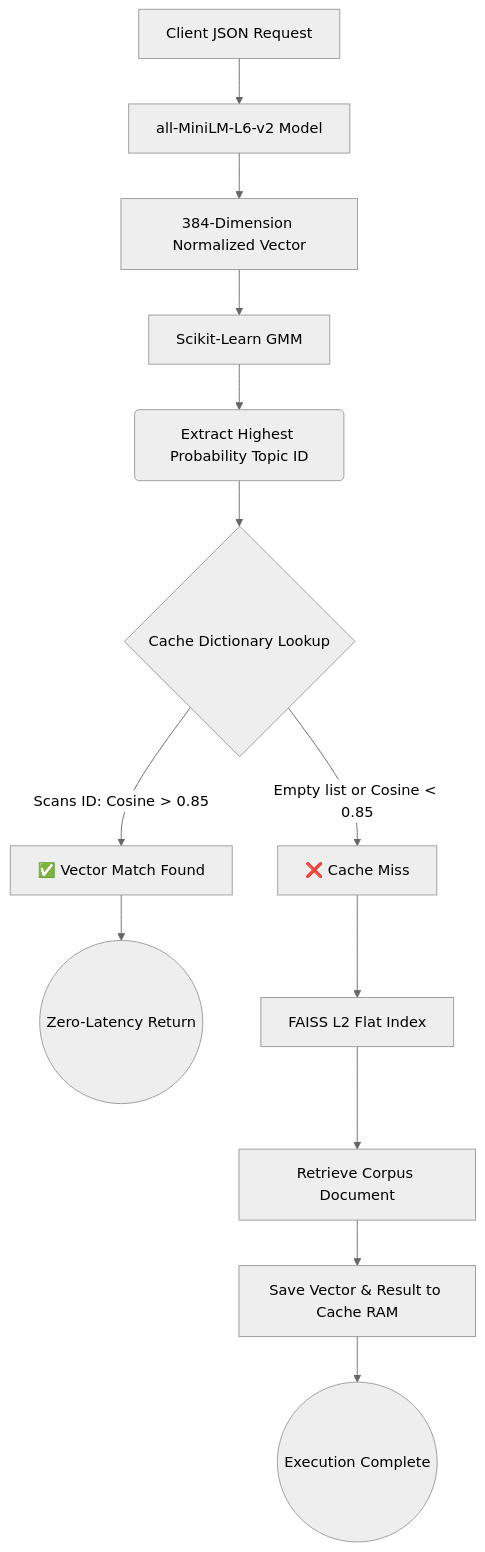
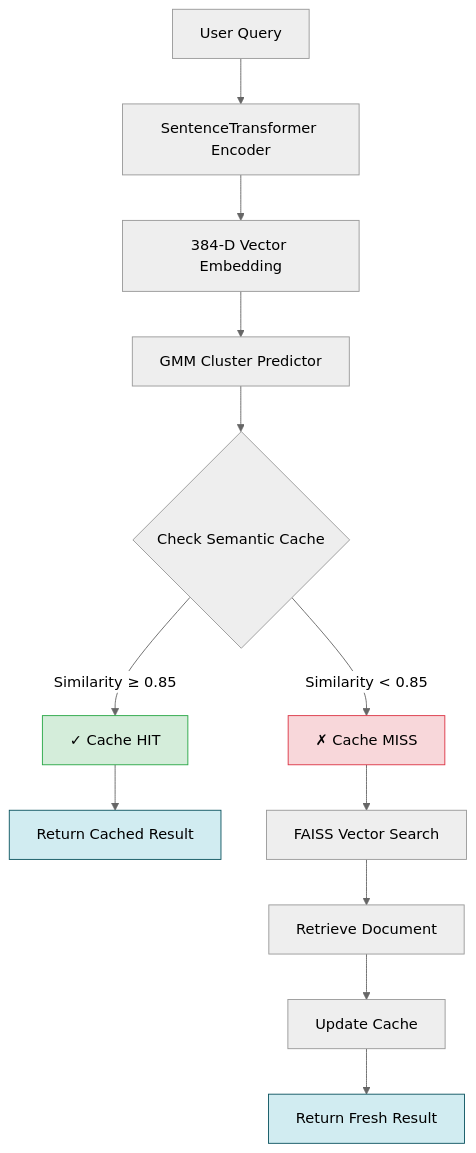
Before and after one commit to SaiNihar18/semantic-cache-search: the diagram in README.md, drawn with Mermaid (neutral theme). The commit also changed other lines of this file, not shown here.

Commit message:
Create comprehensive portfolio-grade README with flowcharts, tables, and practical examples

````diff
--- a/README.md
+++ b/README.md
@@ -41,18 +35,21 @@
 ```mermaid
-graph TD
-    A[Client JSON Request] --> B[all-MiniLM-L6-v2 Model]
-    B --> C[384-Dimension Normalized Vector]
+flowchart TD
+    A[User Query] --> B[SentenceTransformer Encoder]
+    B --> C[384-D Vector Embedding]
+    C --> D[GMM Cluster Predictor]
+    D --> E{Check Semantic Cache}
     
-    C --> D[Scikit-Learn GMM]
-    D --> E(Extract Highest Probability Topic ID)
-    E --> F{Cache Dictionary Lookup}
+    E -->|Similarity ≥ 0.85| F[✓ Cache HIT]
+    E -->|Similarity < 0.85| G[✗ Cache MISS]
     
-    F -- Scans ID: Cosine > 0.85 --> G[✅ Vector Match Found]
-    G --> H((Zero-Latency Return))
+    F --> H[Return Cached Result]
+    G --> I[FAISS Vector Search]
+    I --> J[Retrieve Document]
+    J --> K[Update Cache]
+    K --> L[Return Fresh Result]
     
-    F -- Empty list or Cosine < 0.85 --> I[❌ Cache Miss]
-    I --> J[FAISS L2 Flat Index]
-    J --> K[Retrieve Corpus Document]
-    K --> L[Save Vector & Result to Cache RAM]
-    L --> M((Execution Complete))
+    style F fill:#d4edda,stroke:#28a745
+    style G fill:#f8d7da,stroke:#dc3545
+    style H fill:#d1ecf1,stroke:#0c5460
+    style L fill:#d1ecf1,stroke:#0c5460
 ```
````
